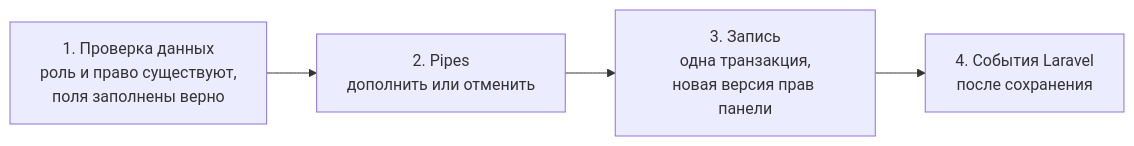
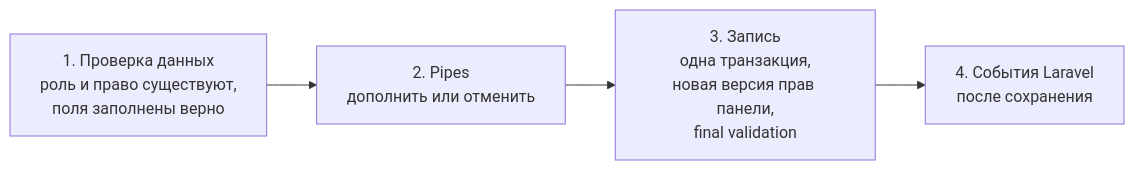
The third of 3 diagrams in audits/2026-09-29-audit/opus/00-overview.md (axiomasoft/azguard-private), drawn with Mermaid before and after one commit. The commit also changed other lines of this file and 30 other files, not shown here.

````diff
--- a/audits/2026-09-29-audit/opus/00-overview.md
+++ b/audits/2026-09-29-audit/opus/00-overview.md
@@ -270,6 +279,6 @@
 ```mermaid
 flowchart LR
     A[1. Проверка данных<br/>роль и право существуют,<br/>поля заполнены верно] --> B[2. Pipes<br/>дополнить или отменить]
-    B --> C[3. Запись<br/>одна транзакция,<br/>новая версия прав панели]
+    B --> C[3. Запись<br/>одна транзакция,<br/>новая версия прав панели,<br/>final validation]
     C --> D[4. События Laravel<br/>после сохранения]
 ```
````
